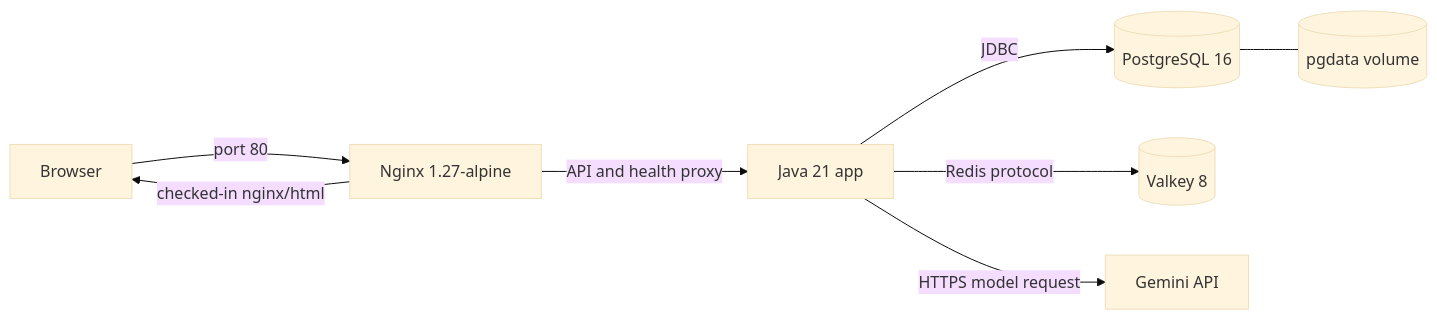
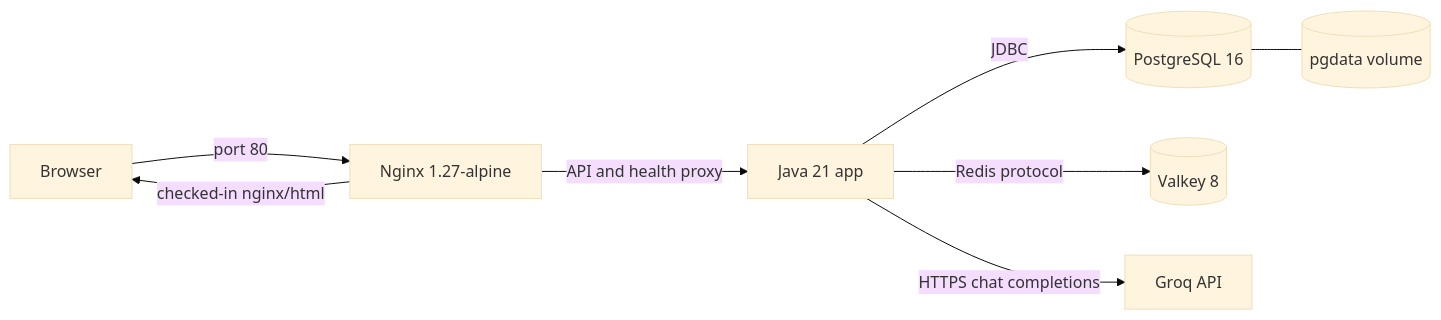
Before and after one commit to rajath88/edu-mentor: the fourth of 5 diagrams in docs/ARCHITECTURE.md, drawn with Mermaid (base theme). The commit also changed other lines of this file and 13 other files, not shown here.

Commit message:
Switch AI Mentor from Gemini to Groq

```diff
--- a/docs/ARCHITECTURE.md
+++ b/docs/ARCHITECTURE.md
@@ -59,10 +59,10 @@
 ~~~mermaid
 flowchart LR
   W[Browser] -->|port 80| N[Nginx 1.27-alpine]
   N -->|checked-in nginx/html| W
   N -->|API and health proxy| A[Java 21 app]
   A -->|JDBC| P[(PostgreSQL 16)]
   A -->|Redis protocol| V[(Valkey 8)]
-  A -->|HTTPS model request| G[Gemini API]
+  A -->|HTTPS chat completions| G[Groq API]
   P --- D[(pgdata volume)]
 ~~~
```
